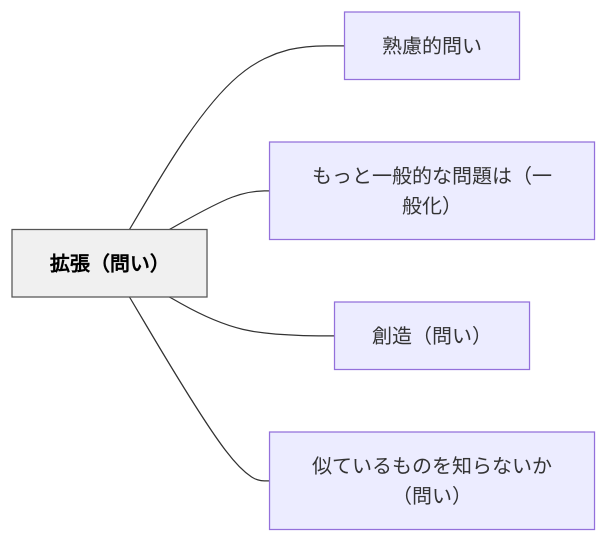
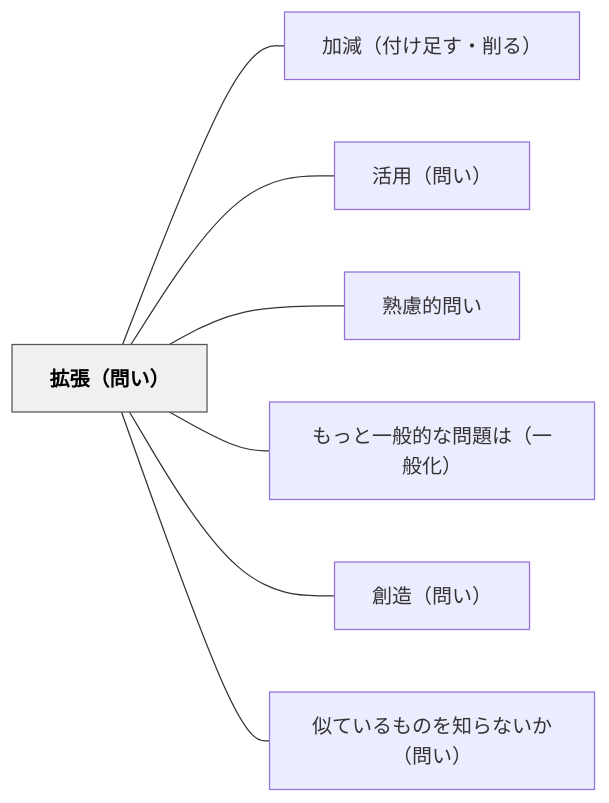
Before and after one commit to unknownthings-ed-patterns/unknownthings-ed-patterns: the diagram in content/パタン/拡張（問い）.md, drawn with Mermaid. The commit also changed other lines of this file and 473 other files, not shown here.

````diff
--- a/content/パタン/拡張（問い）.md
+++ b/content/パタン/拡張（問い）.md
@@ -41,16 +43,20 @@
 ```mermaid
 flowchart LR
     ne68ba1e5bcb5["拡張（問い）"]
+    ne58aa0e6b89b["加減（付け足す・削る）"]
+    ne6b4bbe794a8["活用（問い）"]
     ne7869fe685ae["熟慮的問い"]
     ne38282e381a3["もっと一般的な問題は（一般化）"]
     ne589b5e980a0["創造（問い）"]
     ne4bcbce381a6["似ているものを知らないか（問い）"]
 
+    ne68ba1e5bcb5 --- ne58aa0e6b89b
+    ne68ba1e5bcb5 --- ne6b4bbe794a8
     ne68ba1e5bcb5 --- ne7869fe685ae
     ne68ba1e5bcb5 --- ne38282e381a3
     ne68ba1e5bcb5 --- ne589b5e980a0
     ne68ba1e5bcb5 --- ne4bcbce381a6
 
     classDef hub fill:#f0f0f0,stroke:#555,color:#000,font-weight:bold
     class ne68ba1e5bcb5 hub
 ```
````
